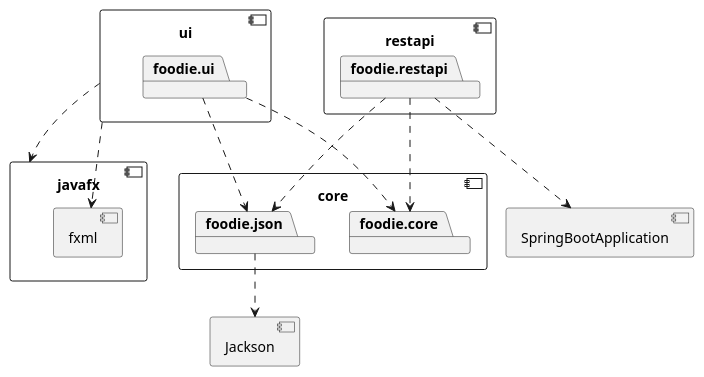
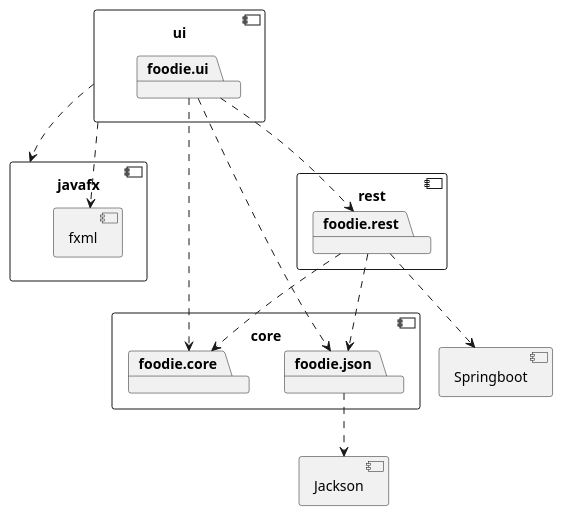
Before and after one commit to FridaK-sys/Foodie: the diagram in foodie/architecture.puml, drawn with PlantUML. The commit also changed 2 other files, not shown here.

Commit message:
fix: architecture diagram

```diff
--- a/foodie/architecture.puml
+++ b/foodie/architecture.puml
@@ -1,41 +1,42 @@
 @startuml architecture
 
 component core {
 	package foodie.core
 	package foodie.json
 }
 
 component Jackson {
 }
 
 foodie.json ..> Jackson
 
 component ui {
 	package foodie.ui
 }
 
 foodie.ui ..> foodie.core
 foodie.ui ..> foodie.json
 
+
 component javafx {
 	component fxml {
 	}
 }
 
 ui ..> javafx
 ui ..> fxml
 
-component restapi {
-	package foodie.restapi
+component rest {
+	package foodie.rest
 }
 
-foodie.restapi ..> foodie.core
-foodie.restapi ..> foodie.json
+foodie.rest ..> foodie.core
+foodie.rest ..> foodie.json
 
-component SpringBootApplication {	
+component Springboot {	
 }
 
-foodie.restapi ..> SpringBootApplication
-
+foodie.rest ..> Springboot
+foodie.ui ..> foodie.rest
 
 @enduml
```
